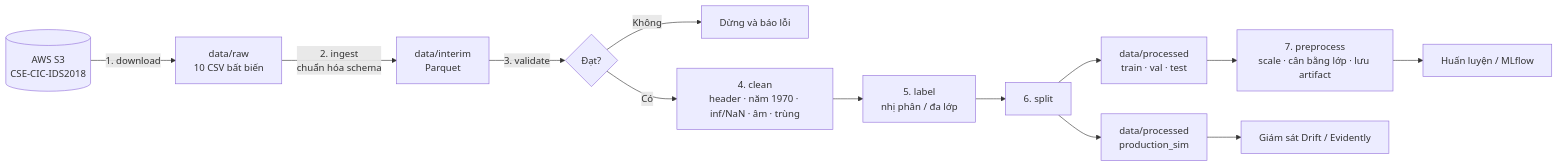
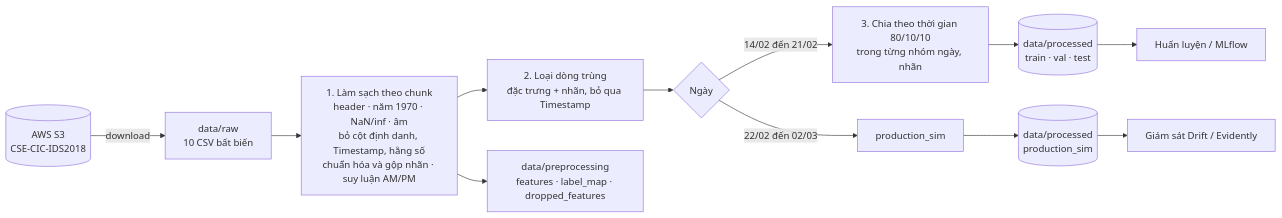
Before and after one commit to phupham14/CIC-IDS-MLOps: the diagram in notebooks/DATA.md, drawn with Mermaid. The commit also changed other lines of this file and 15 other files, not shown here.

Commit message:
Add data preprocessing and 80/10/10 split per team decisions

````diff
--- a/notebooks/DATA.md
+++ b/notebooks/DATA.md
@@ -217,15 +250,14 @@
 ```mermaid
 flowchart LR
-    A[(AWS S3<br/>CSE-CIC-IDS2018)] -->|1. download| B[data/raw<br/>10 CSV bất biến]
-    B -->|2. ingest<br/>chuẩn hóa schema| C[data/interim<br/>Parquet]
-    C -->|3. validate| D{Đạt?}
-    D -- Không --> X[Dừng và báo lỗi]
-    D -- Có --> E[4. clean<br/>header · năm 1970 · inf/NaN · âm · trùng]
-    E --> F[5. label<br/>nhị phân / đa lớp]
-    F --> G[6. split]
-    G --> H[data/processed<br/>train · val · test]
-    G --> I[data/processed<br/>production_sim]
-    H --> J[7. preprocess<br/>scale · cân bằng lớp · lưu artifact]
-    J --> K[Huấn luyện / MLflow]
+    A[(AWS S3<br/>CSE-CIC-IDS2018)] -->|download| B[data/raw<br/>10 CSV bất biến]
+    B --> C[1. Làm sạch theo chunk<br/>header · năm 1970 · NaN/inf · âm<br/>bỏ cột định danh, Timestamp, hằng số<br/>chuẩn hóa và gộp nhãn · suy luận AM/PM]
+    C --> D[2. Loại dòng trùng<br/>đặc trưng + nhãn, bỏ qua Timestamp]
+    D --> E{Ngày}
+    E -->|14/02 đến 21/02| F[3. Chia theo thời gian 80/10/10<br/>trong từng nhóm ngày, nhãn]
+    E -->|22/02 đến 02/03| G[production_sim]
+    F --> H[(data/processed<br/>train · val · test)]
+    G --> I[(data/processed<br/>production_sim)]
+    C --> J[data/preprocessing<br/>features · label_map · dropped_features]
+    H --> K[Huấn luyện / MLflow]
     I --> L[Giám sát Drift / Evidently]
 ```
````
